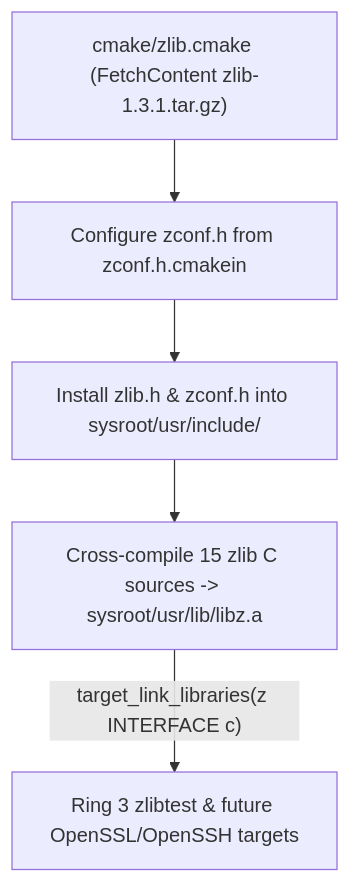
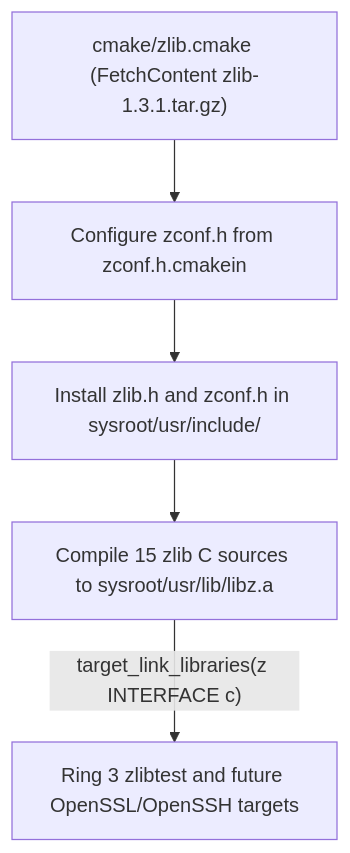
Before and after one commit to Deniz-Eren/microkernel: the diagram in docs/30-architecture/adr/ADR_0055.md, drawn with Mermaid. The commit also changed other lines of this file and 151 other files, not shown here.

````diff
--- a/docs/30-architecture/adr/ADR_0055.md
+++ b/docs/30-architecture/adr/ADR_0055.md
@@ -22,13 +22,13 @@
 ```mermaid
 flowchart TD
     CMAKE["cmake/zlib.cmake (FetchContent zlib-1.3.1.tar.gz)"]
     GEN["Configure zconf.h from zconf.h.cmakein"]
-    HDR["Install zlib.h & zconf.h into sysroot/usr/include/"]
-    LIB["Cross-compile 15 zlib C sources -> sysroot/usr/lib/libz.a"]
-    TEST["Ring 3 zlibtest & future OpenSSL/OpenSSH targets"]
+    HDR["Install zlib.h and zconf.h in sysroot/usr/include/"]
+    LIB["Compile 15 zlib C sources to sysroot/usr/lib/libz.a"]
+    TEST["Ring 3 zlibtest and future OpenSSL/OpenSSH targets"]
 
     CMAKE --> GEN
     GEN --> HDR
     HDR --> LIB
     LIB -->|"target_link_libraries(z INTERFACE c)"| TEST
 ```
````
